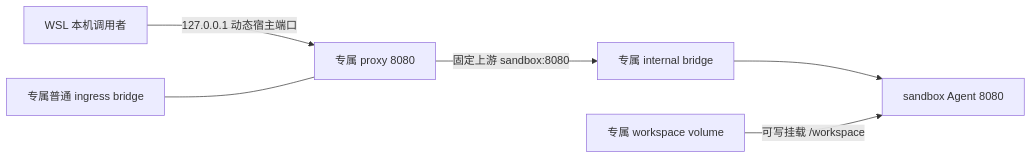
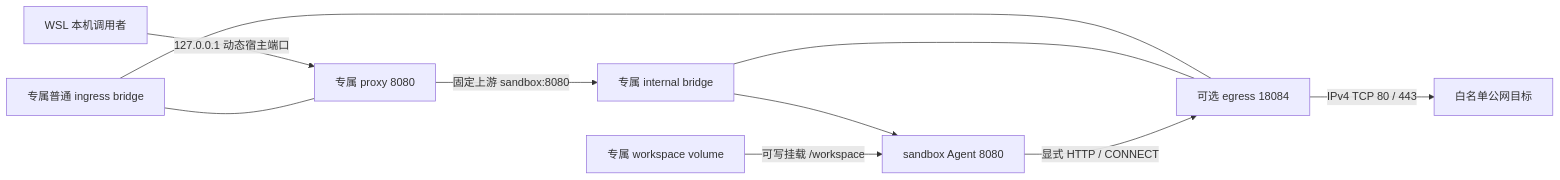
The second of 2 diagrams in docs/control_plane/docker/DESIGN.md (nico-hua/agent-sandbox), drawn with Mermaid before and after one commit. The commit also changed other lines of this file and 21 other files, not shown here.

Commit message:
feat(egress): integrate per-sandbox outbound proxy lifecycle

````diff
--- a/docs/control_plane/docker/DESIGN.md
+++ b/docs/control_plane/docker/DESIGN.md
@@ -47,8 +48,12 @@
 ```mermaid
 flowchart LR
     Caller[WSL 本机调用者] -->|127.0.0.1 动态宿主端口| Proxy[专属 proxy 8080]
     Ingress[专属普通 ingress bridge] --- Proxy
     Proxy -->|固定上游 sandbox:8080| Internal[专属 internal bridge]
     Internal --> Sandbox[sandbox Agent 8080]
+    Ingress --- Egress[可选 egress 18084]
+    Internal --- Egress
+    Sandbox -->|显式 HTTP / CONNECT| Egress
+    Egress -->|IPv4 TCP 80 / 443| Public[白名单公网目标]
     Workspace[专属 workspace volume] -->|可写挂载 /workspace| Sandbox
 ```
````
